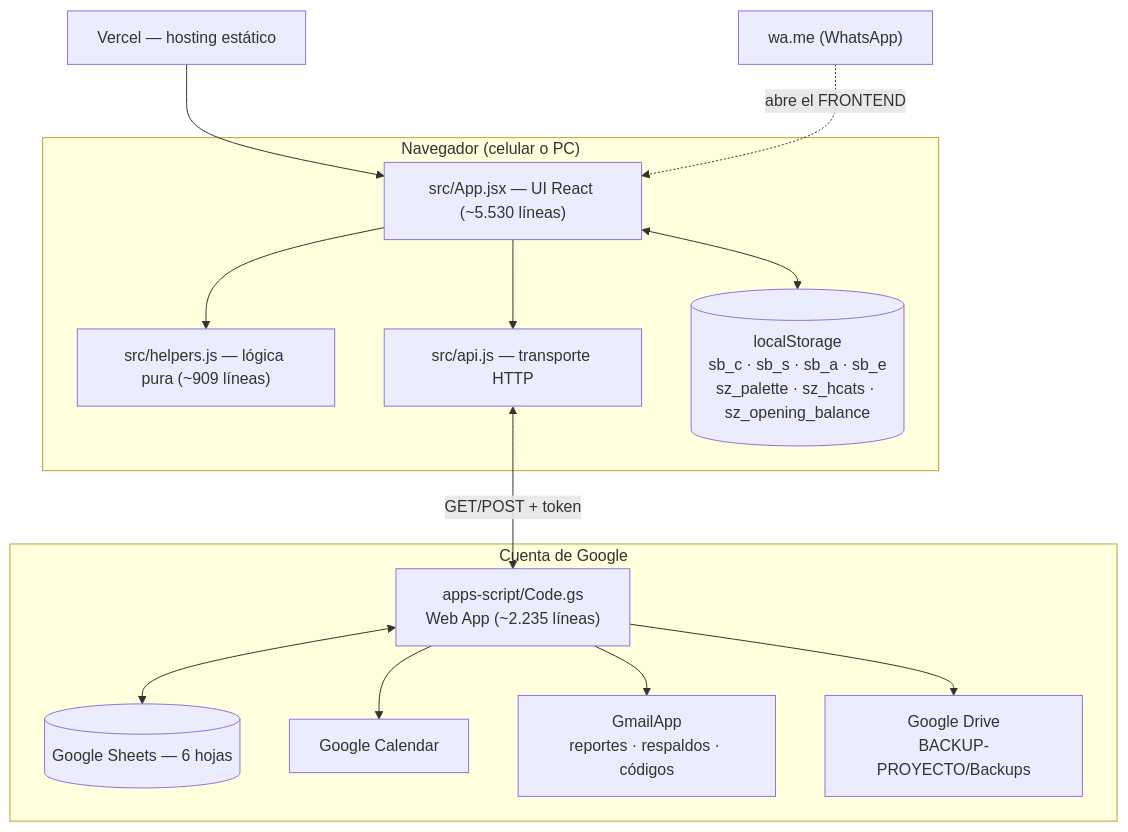
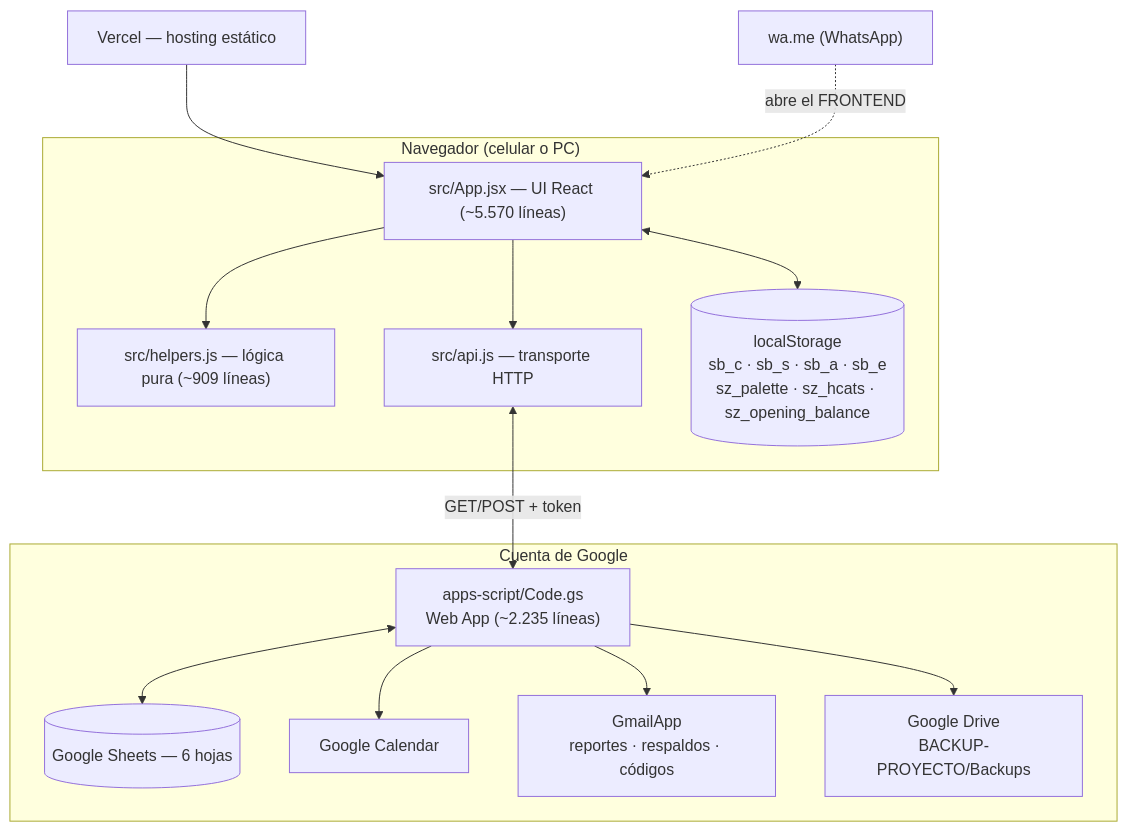
One commit to bryanm92s/WXYZ changed the diagram in docs/ARQUITECTURA_Y_FUNCIONALIDADES.md. Above: the diagram before and after it, drawn with Mermaid. The commit also changed other lines of this file and 4 other files, not shown here.

````diff
--- a/docs/ARQUITECTURA_Y_FUNCIONALIDADES.md
+++ b/docs/ARQUITECTURA_Y_FUNCIONALIDADES.md
@@ -41,28 +41,28 @@
 ```mermaid
 flowchart TD
     subgraph Cliente["Navegador (celular o PC)"]
-        UI["src/App.jsx — UI React (~5.530 líneas)"]
+        UI["src/App.jsx — UI React (~5.570 líneas)"]
         HLP["src/helpers.js — lógica pura (~909 líneas)"]
         API["src/api.js — transporte HTTP"]
         LS[("localStorage<br/>sb_c · sb_s · sb_a · sb_e<br/>sz_palette · sz_hcats · sz_opening_balance")]
         UI --> HLP
         UI --> API
         UI <--> LS
     end
 
     subgraph Google["Cuenta de Google"]
         GAS["apps-script/Code.gs<br/>Web App (~2.235 líneas)"]
         SH[("Google Sheets — 6 hojas")]
         CAL["Google Calendar"]
         GMAIL["GmailApp<br/>reportes · respaldos · códigos"]
         DRV["Google Drive<br/>BACKUP-PROYECTO/Backups"]
         GAS <--> SH
         GAS --> CAL
         GAS --> GMAIL
         GAS --> DRV
     end
 
     Vercel["Vercel — hosting estático"] --> UI
     API <-->|"GET/POST + token"| GAS
     WA["wa.me (WhatsApp)"] -.->|"abre el FRONTEND"| UI
 ```
````
